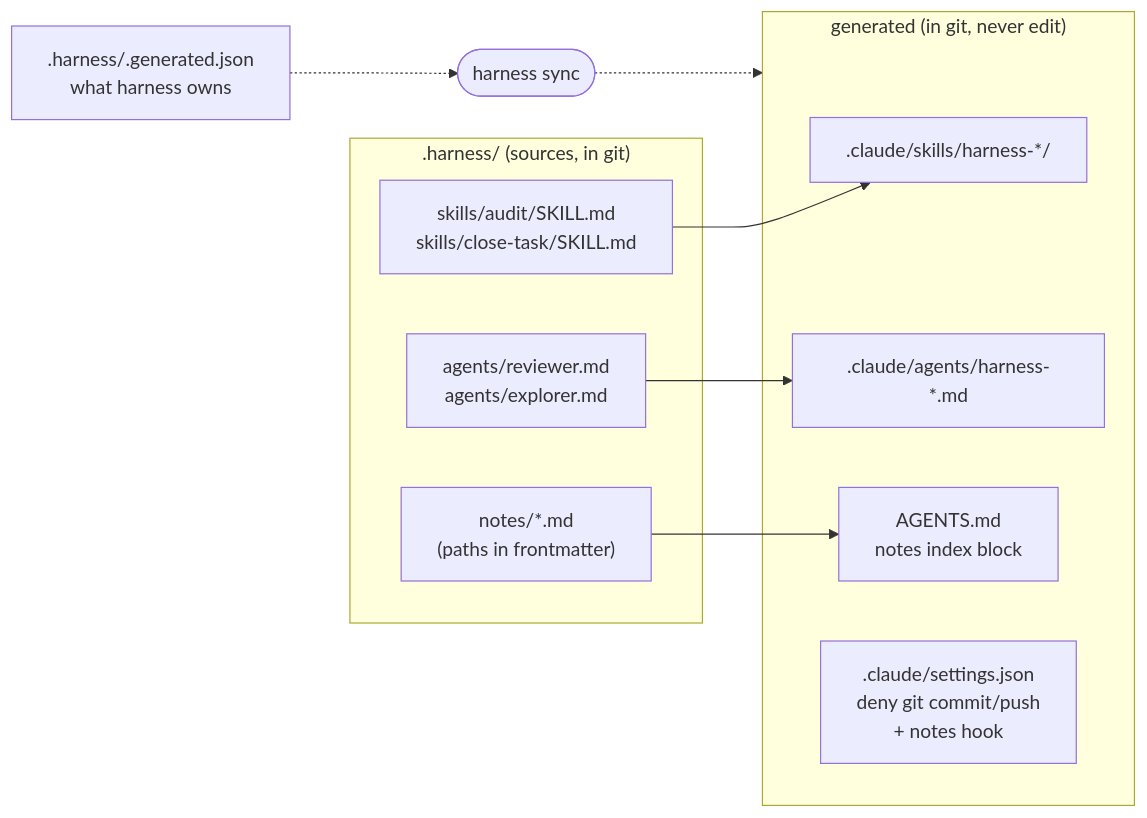
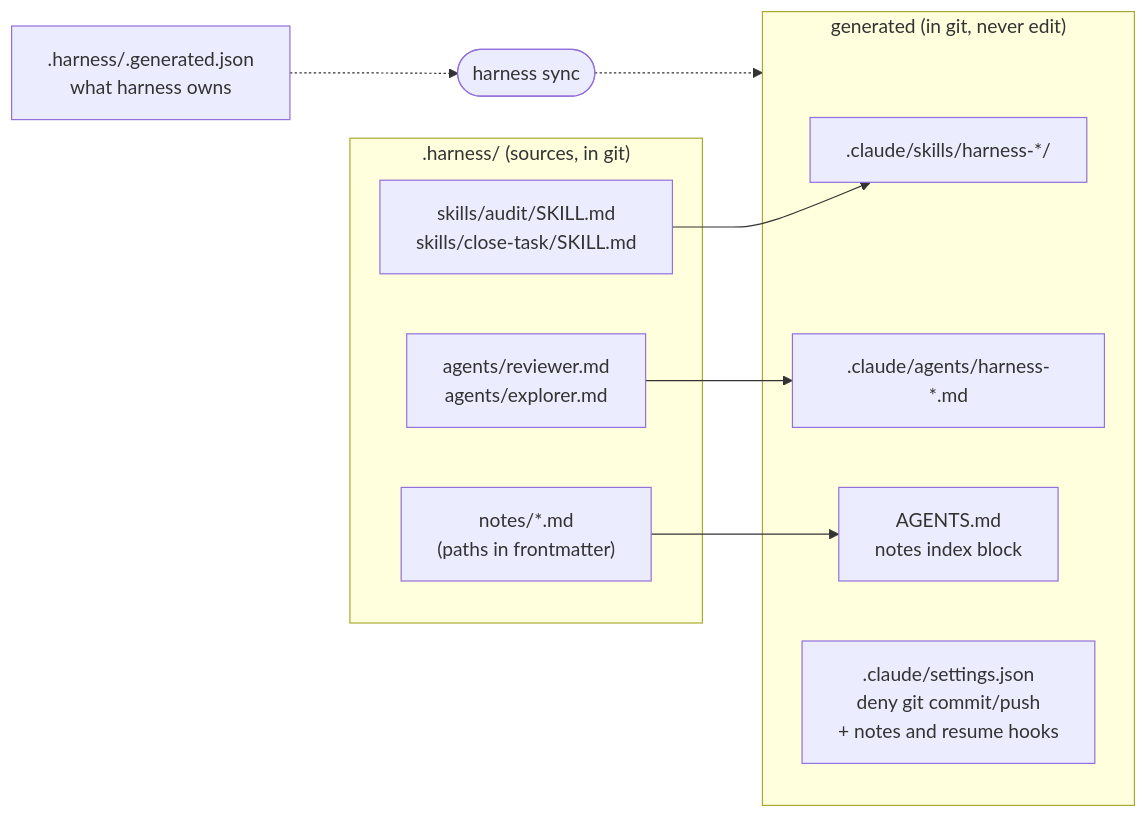
Diagram 11 of 15 in README.md (fredarcito/reins), drawn with Mermaid before and after one commit. The commit also changed other lines of this file and 30 other files, not shown here.

````diff
--- a/README.md
+++ b/README.md
@@ -384,19 +493,19 @@
 ```mermaid
 flowchart LR
     subgraph src[".harness/ (sources, in git)"]
         skills["skills/audit/SKILL.md<br/>skills/close-task/SKILL.md"]
         agents["agents/reviewer.md<br/>agents/explorer.md"]
         notes["notes/*.md<br/>(paths in frontmatter)"]
     end
     subgraph gen["generated (in git, never edit)"]
         cskills[".claude/skills/harness-*/"]
         cagents[".claude/agents/harness-*.md"]
         index["AGENTS.md<br/>notes index block"]
-        settings[".claude/settings.json<br/>deny git commit/push<br/>+ notes hook"]
+        settings[".claude/settings.json<br/>deny git commit/push<br/>+ notes and resume hooks"]
     end
     skills --> cskills
     agents --> cagents
     notes --> index
     sync(["harness sync"]) -.-> gen
     manifest[".harness/.generated.json<br/>what harness owns"] -.-> sync
 ```
````
